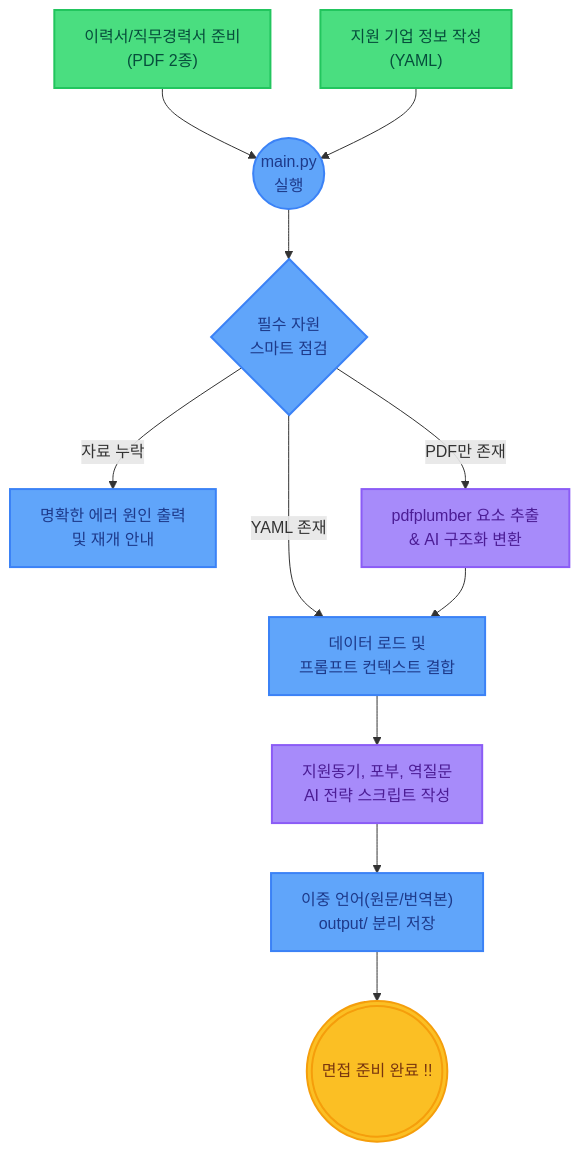
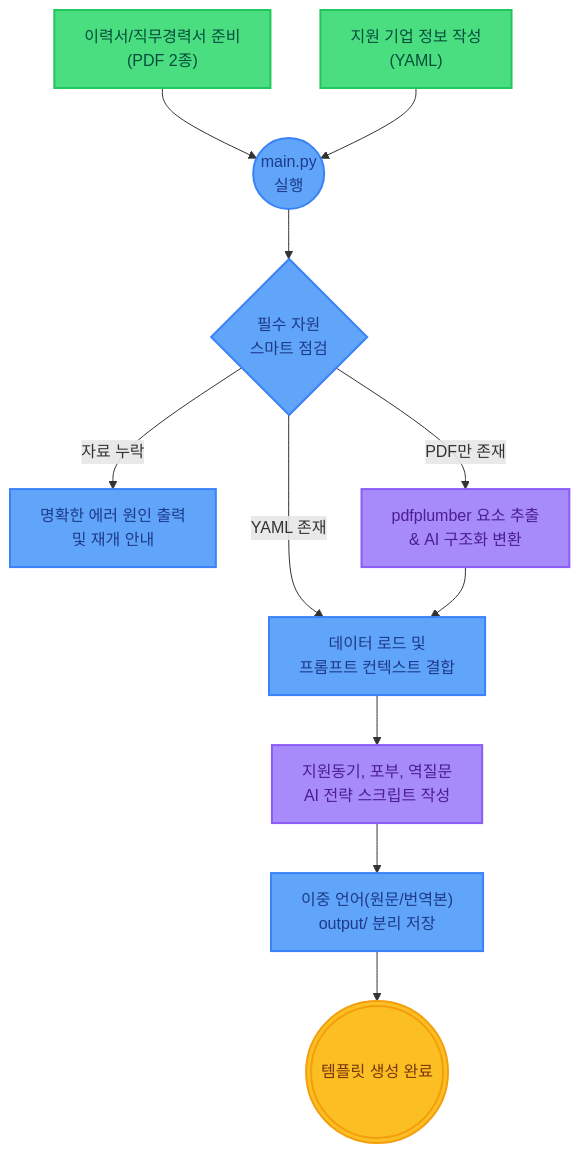
One commit to Ugee0810/AI-Agents.Naite changed the diagram in README.md. Above: the diagram before and after it, drawn with Mermaid. The commit also changed other lines of this file and 10 other files, not shown here.

````diff
--- a/README.md
+++ b/README.md
@@ -25,27 +25,27 @@
 ```mermaid
 graph TD
     classDef user fill:#4ade80,stroke:#22c55e,stroke-width:2px,color:#064e3b;
     classDef system fill:#60a5fa,stroke:#3b82f6,stroke-width:2px,color:#1e3a8a;
     classDef ai fill:#a78bfa,stroke:#8b5cf6,stroke-width:2px,color:#4c1d95;
     classDef result fill:#fbbf24,stroke:#f59e0b,stroke-width:2px,color:#78350f;
 
     %% 준비
     A1["이력서/직무경력서 준비<br>(PDF 2종)"]:::user
     A2["지원 기업 정보 작성<br>(YAML)"]:::user
     
     A1 --> B(("main.py<br>실행")):::system
     A2 --> B
     
     %% 파이프라인 로직
     B --> C{"필수 자원<br>스마트 점검"}:::system
     C -- "자료 누락" --> Err["명확한 에러 원인 출력<br>및 재개 안내"]:::system
     
     C -- "PDF만 존재" --> D["pdfplumber 요소 추출<br>& AI 구조화 변환"]:::ai
     C -- "YAML 존재" --> E["데이터 로드 및<br>프롬프트 컨텍스트 결합"]:::system
     D --> E
     
     %% AI 분석 및 결과
     E --> F["지원동기, 포부, 역질문<br>AI 전략 스크립트 작성"]:::ai
     F --> G["이중 언어(원문/번역본)<br>output/ 분리 저장"]:::system
-    G --> H((("면접 준비 완료 !!"))):::result
+    G --> H((("템플릿 생성 완료"))):::result
 ```
````
